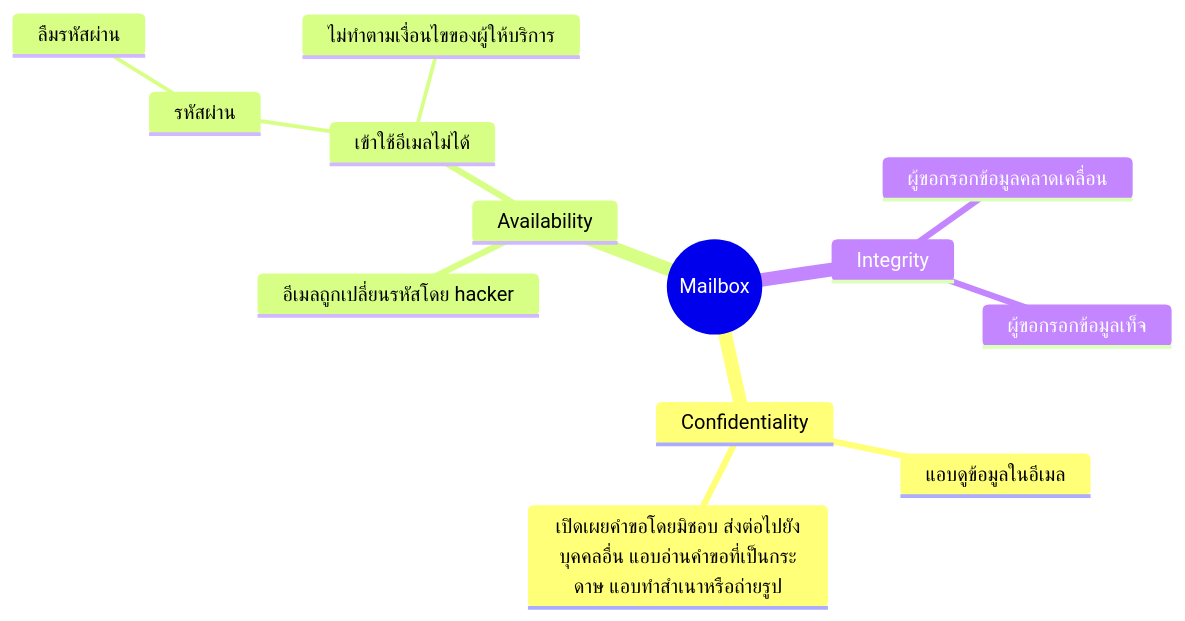
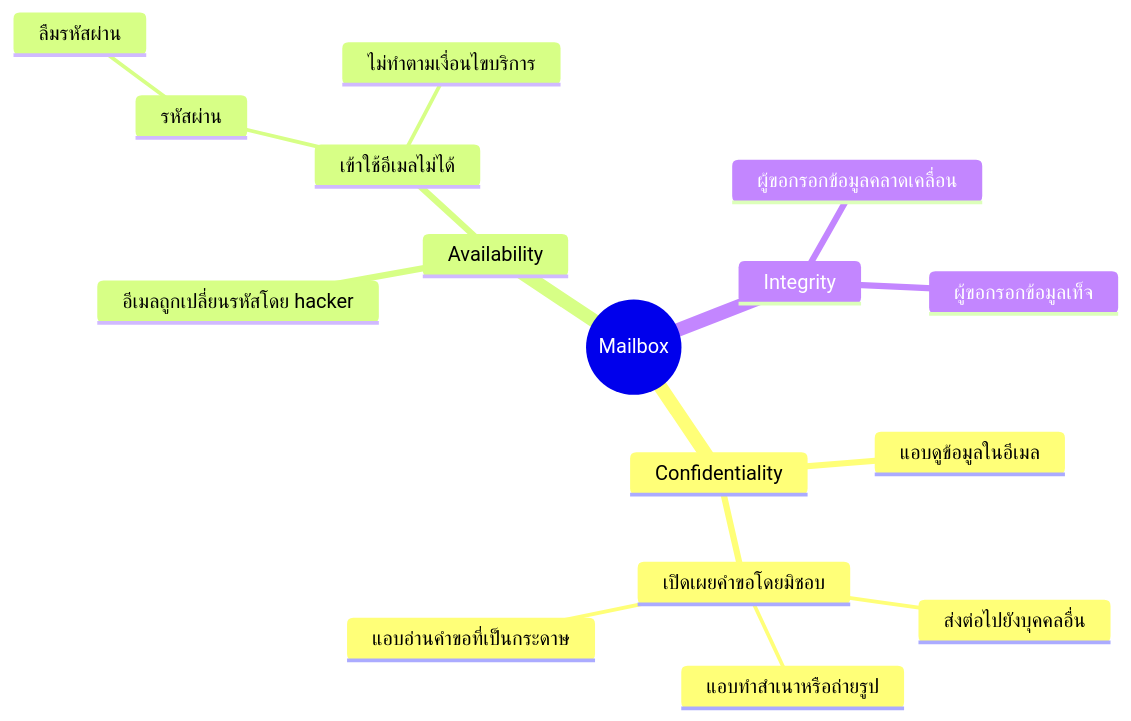
The eighth of 8 diagrams in README.md (Kietpawpan/pdpa), drawn with Mermaid before and after one commit.

````diff
--- a/README.md
+++ b/README.md
@@ -173,17 +173,20 @@
 ```mermaid
 mindmap
   Data Breach((Mailbox))
     Confidentiality
       แอบดูข้อมูลในอีเมล
       ::icon(fa fa-book)
-      เปิดเผยคำขอโดยมิชอบ ส่งต่อไปยังบุคคลอื่น แอบอ่านคำขอที่เป็นกระดาษ แอบทำสำเนาหรือถ่ายรูป
+      เปิดเผยคำขอโดยมิชอบ
+        ส่งต่อไปยังบุคคลอื่น
+        แอบอ่านคำขอที่เป็นกระดาษ
+        แอบทำสำเนาหรือถ่ายรูป
     Availability
       อีเมลถูกเปลี่ยนรหัสโดย hacker
       เข้าใช้อีเมลไม่ได้
         รหัสผ่าน
             ลืมรหัสผ่าน
-        ไม่ทำตามเงื่อนไขของผู้ให้บริการ
+        ไม่ทำตามเงื่อนไขบริการ
     Integrity
       ผู้ขอกรอกข้อมูลคลาดเคลื่อน
       ผู้ขอกรอกข้อมูลเท็จ
 ```
````
